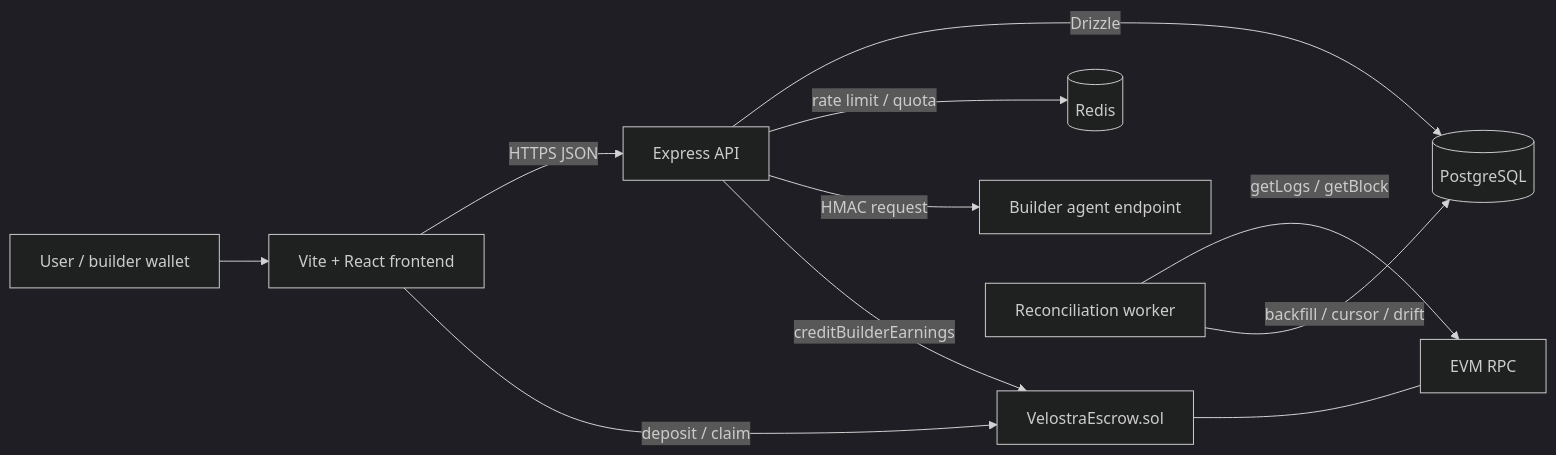
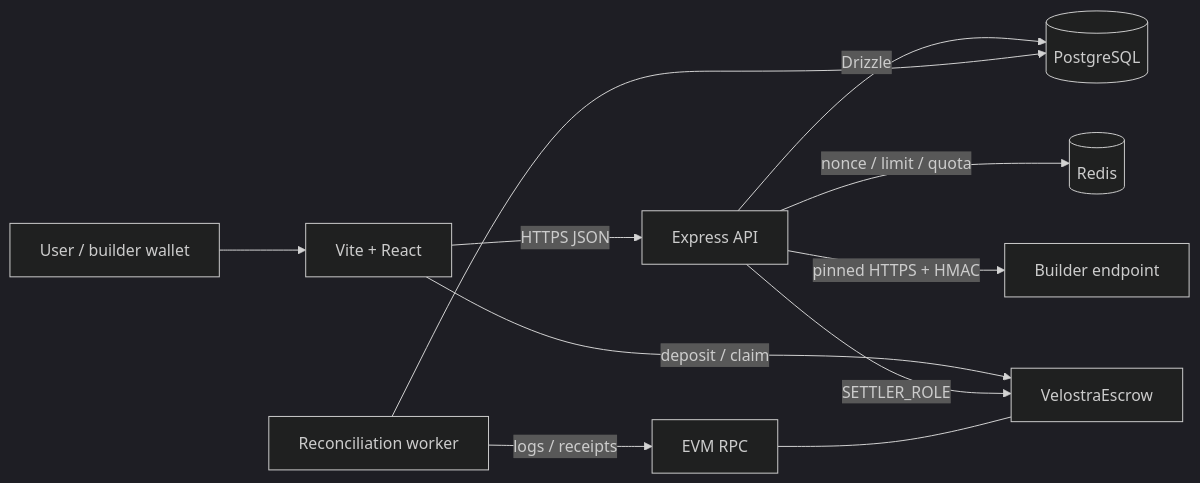
Before and after one commit to velostralabs/velostra: the first of 2 diagrams in docs/ARCHITECTURE.md, drawn with Mermaid (dark theme). The commit also changed other lines of this file and 3 other files, not shown here.

Commit message:
docs(core): freeze phase one architecture and invariants

````diff
--- a/docs/ARCHITECTURE.md
+++ b/docs/ARCHITECTURE.md
@@ -7,23 +7,13 @@
 ```mermaid
 flowchart LR
-    U["User / builder wallet"]
-    F["Vite + React frontend"]
-    A["Express API"]
-    P[("PostgreSQL")]
-    R[("Redis")]
-    G["Builder agent endpoint"]
-    C["VelostraEscrow.sol"]
-    W["Reconciliation worker"]
-    RPC["EVM RPC"]
-
-    U --> F
-    F -->|HTTPS JSON| A
-    F -->|deposit / claim| C
-    A -->|Drizzle| P
-    A -->|rate limit / quota| R
-    A -->|HMAC request| G
-    A -->|creditBuilderEarnings| C
-    C --- RPC
-    W -->|getLogs / getBlock| RPC
-    W -->|backfill / cursor / drift| P
+    U["User / builder wallet"] --> F["Vite + React"]
+    F -->|HTTPS JSON| A["Express API"]
+    F -->|deposit / claim| C["VelostraEscrow"]
+    A -->|Drizzle| P[(PostgreSQL)]
+    A -->|nonce / limit / quota| R[(Redis)]
+    A -->|pinned HTTPS + HMAC| B["Builder endpoint"]
+    A -->|SETTLER_ROLE| C
+    W["Reconciliation worker"] -->|logs / receipts| RPC["EVM RPC"]
+    W --> P
+    RPC --- C
 ```
````
